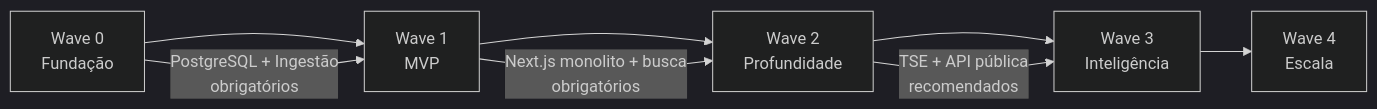
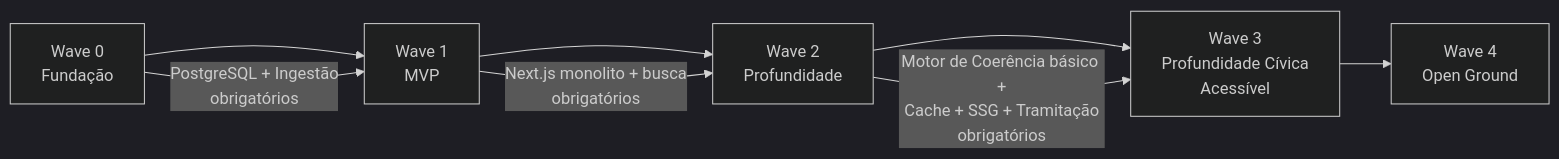
Before and after one commit to FabioCaffarello/brasil-a-vera: the second of 2 diagrams in docs/product/ROADMAP.md, drawn with Mermaid (dark theme). The commit also changed other lines of this file, not shown here.

First line of the commit message:
docs(roadmap): replan Wave 3 to Profundidade Cívica Acessível

````diff
--- a/docs/product/ROADMAP.md
+++ b/docs/product/ROADMAP.md
@@ -324,11 +386,11 @@
 ```mermaid
 graph LR
     W0["Wave 0<br/>Fundação"] --> W1["Wave 1<br/>MVP"]
     W1 --> W2["Wave 2<br/>Profundidade"]
-    W2 --> W3["Wave 3<br/>Inteligência"]
-    W3 --> W4["Wave 4<br/>Escala"]
+    W2 --> W3["Wave 3<br/>Profundidade Cívica<br/>Acessível"]
+    W3 --> W4["Wave 4<br/>Open Ground"]
 
     W0 -->|"PostgreSQL + Ingestão<br/>obrigatórios"| W1
     W1 -->|"Next.js monolito + busca<br/>obrigatórios"| W2
-    W2 -->|"TSE + API pública<br/>recomendados"| W3
+    W2 -->|"Motor de Coerência básico +<br/>Cache + SSG + Tramitação<br/>obrigatórios"| W3
 ```
````
